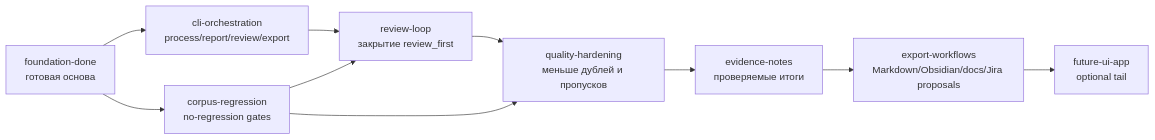
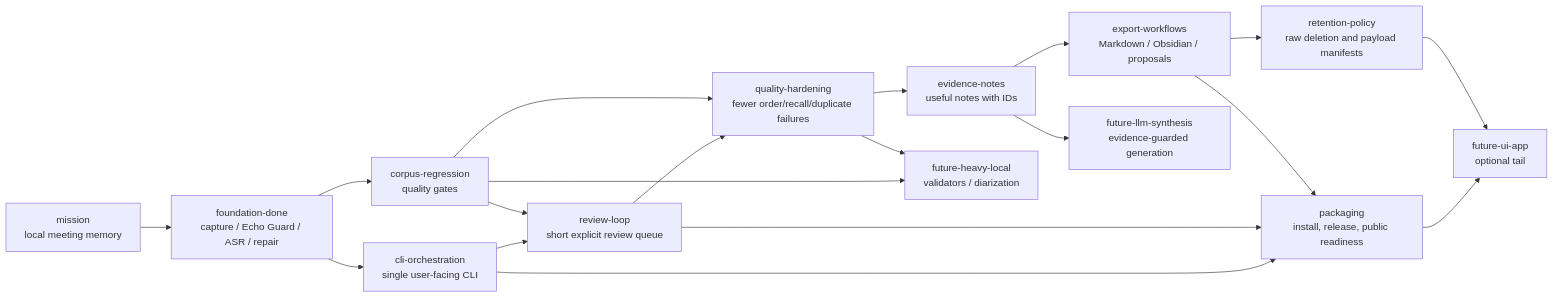
The diagram in docs/roadmap/murmurmark-cli-roadmap.md (asukhodko/murmurmark), drawn with Mermaid before and after one commit. The commit also changed other lines of this file and 6 other files, not shown here.

Commit message:
docs: refresh roadmap and README

````diff
--- a/docs/roadmap/murmurmark-cli-roadmap.md
+++ b/docs/roadmap/murmurmark-cli-roadmap.md
@@ -83,21 +53,35 @@
 ```mermaid
 flowchart LR
-    foundation["foundation-done<br/>готовая основа"]
-    cli["cli-orchestration<br/>process/report/review/export"]
-    corpus["corpus-regression<br/>no-regression gates"]
-    review["review-loop<br/>закрытие review_first"]
-    quality["quality-hardening<br/>меньше дублей и пропусков"]
-    notes["evidence-notes<br/>проверяемые итоги"]
-    export["export-workflows<br/>Markdown/Obsidian/docs/Jira proposals"]
-    tail["future-ui-app<br/>optional tail"]
+    mission["mission<br/>local meeting memory"]
+    foundation["foundation-done<br/>capture / Echo Guard / ASR / repair"]
+    cli["cli-orchestration<br/>single user-facing CLI"]
+    corpus["corpus-regression<br/>quality gates"]
+    review["review-loop<br/>short explicit review queue"]
+    hardening["quality-hardening<br/>fewer order/recall/duplicate failures"]
+    notes["evidence-notes<br/>useful notes with IDs"]
+    export["export-workflows<br/>Markdown / Obsidian / proposals"]
+    retention["retention-policy<br/>raw deletion and payload manifests"]
+    packaging["packaging<br/>install, release, public readiness"]
+    future_asr["future-heavy-local<br/>validators / diarization"]
+    future_llm["future-llm-synthesis<br/>evidence-guarded generation"]
+    future_ui["future-ui-app<br/>optional tail"]
 
+    mission --> foundation
     foundation --> cli
     foundation --> corpus
     cli --> review
     corpus --> review
-    review --> quality
-    corpus --> quality
-    quality --> notes
+    review --> hardening
+    corpus --> hardening
+    hardening --> notes
     notes --> export
-    export --> tail
+    export --> retention
+    cli --> packaging
+    review --> packaging
+    export --> packaging
+    corpus --> future_asr
+    hardening --> future_asr
+    notes --> future_llm
+    packaging --> future_ui
+    retention --> future_ui
 ```
````
